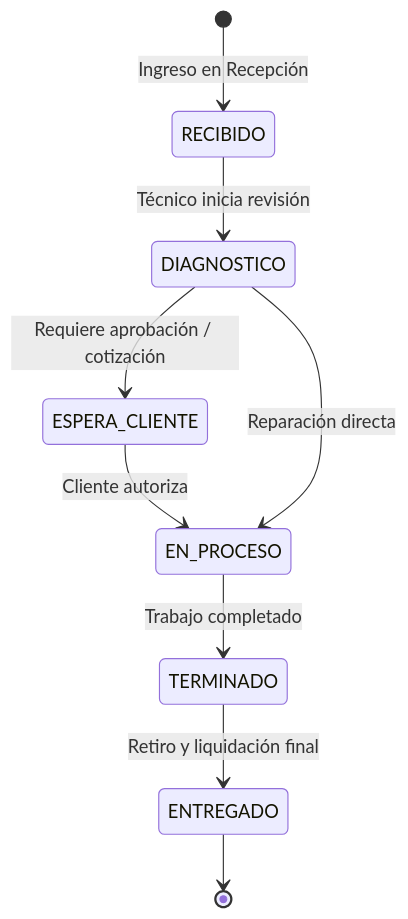
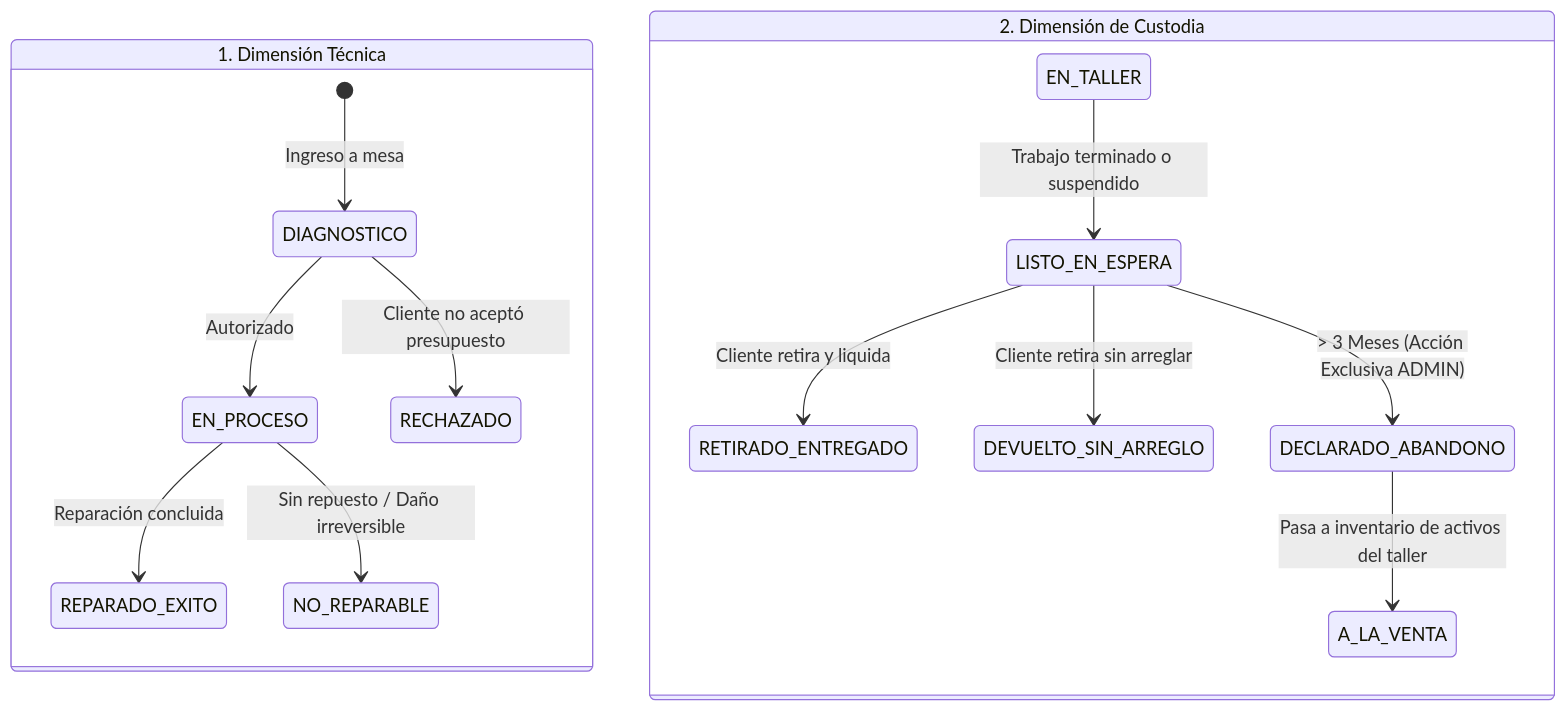
One commit to AireyuC/proyectoPF changed the second of 2 diagrams in Docs/01_MODELO_DE_NEGOCIO.md. Above: the diagram before and after it, drawn with Mermaid. The commit also changed other lines of this file and 15 other files, not shown here.

````diff
--- a/Docs/01_MODELO_DE_NEGOCIO.md
+++ b/Docs/01_MODELO_DE_NEGOCIO.md
@@ -82,11 +87,18 @@
 ```mermaid
 stateDiagram-v2
-    [*] --> RECIBIDO: Ingreso en Recepción
-    RECIBIDO --> DIAGNOSTICO: Técnico inicia revisión
-    DIAGNOSTICO --> ESPERA_CLIENTE: Requiere aprobación / cotización
-    ESPERA_CLIENTE --> EN_PROCESO: Cliente autoriza
-    DIAGNOSTICO --> EN_PROCESO: Reparación directa
-    EN_PROCESO --> TERMINADO: Trabajo completado
-    TERMINADO --> ENTREGADO: Retiro y liquidación final
-    ENTREGADO --> [*]
+    state "1. Dimensión Técnica" as Tecnica {
+        [*] --> DIAGNOSTICO: Ingreso a mesa
+        DIAGNOSTICO --> EN_PROCESO: Autorizado
+        EN_PROCESO --> REPARADO_EXITO: Reparación concluida
+        EN_PROCESO --> NO_REPARABLE: Sin repuesto / Daño irreversible
+        DIAGNOSTICO --> RECHAZADO: Cliente no aceptó presupuesto
+    }
+
+    state "2. Dimensión de Custodia" as Custodia {
+        EN_TALLER --> LISTO_EN_ESPERA: Trabajo terminado o suspendido
+        LISTO_EN_ESPERA --> RETIRADO_ENTREGADO: Cliente retira y liquida
+        LISTO_EN_ESPERA --> DEVUELTO_SIN_ARREGLO: Cliente retira sin arreglar
+        LISTO_EN_ESPERA --> DECLARADO_ABANDONO: > 3 Meses (Acción Exclusiva ADMIN)
+        DECLARADO_ABANDONO --> A_LA_VENTA: Pasa a inventario de activos del taller
+    }
 ```
````
